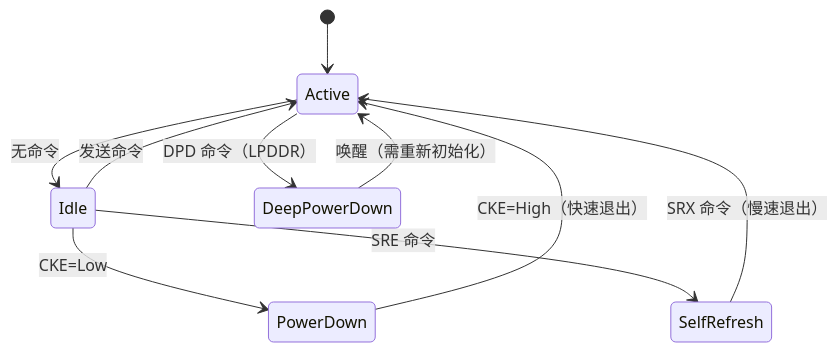
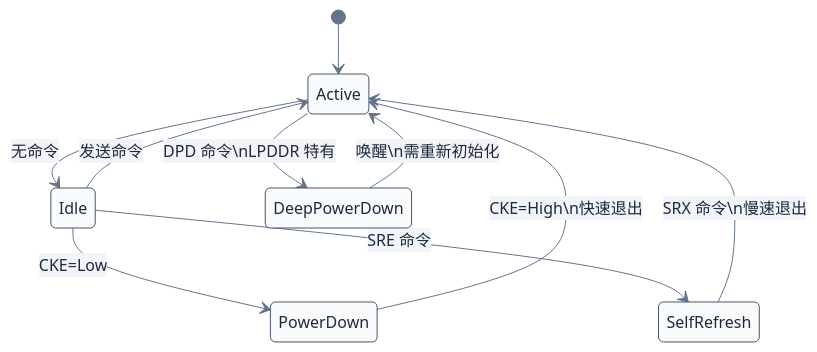
One commit to swjtuer326/cs-learning-notes changed the seventh of 9 diagrams in ddr/03-DDR工作原理与时序参数.md. Above: the diagram before and after it, drawn with Mermaid. The commit also changed other lines of this file and 9 other files, not shown here.

````diff
--- a/ddr/03-DDR工作原理与时序参数.md
+++ b/ddr/03-DDR工作原理与时序参数.md
@@ -99,12 +334,13 @@
 ```mermaid
+%%{init: {"theme": "base", "themeVariables": {"primaryColor": "#f8fafc", "primaryTextColor": "#1e293b", "primaryBorderColor": "#475569", "lineColor": "#64748b", "secondaryColor": "#f1f5f9", "secondaryBorderColor": "#94a3b8", "tertiaryColor": "#f8fafc", "fontFamily": "\"trebuchet ms\", verdana, arial, sans-serif"}}}%%
 stateDiagram-v2
     [*] --> Active
     Active --> Idle : 无命令
     Idle --> Active : 发送命令
     Idle --> PowerDown : CKE=Low
-    PowerDown --> Active : CKE=High（快速退出）
+    PowerDown --> Active : CKE=High\n快速退出
     Idle --> SelfRefresh : SRE 命令
-    SelfRefresh --> Active : SRX 命令（慢速退出）
-    Active --> DeepPowerDown : DPD 命令（LPDDR）
-    DeepPowerDown --> Active : 唤醒（需重新初始化）
+    SelfRefresh --> Active : SRX 命令\n慢速退出
+    Active --> DeepPowerDown : DPD 命令\nLPDDR 特有
+    DeepPowerDown --> Active : 唤醒\n需重新初始化
 ```
````
